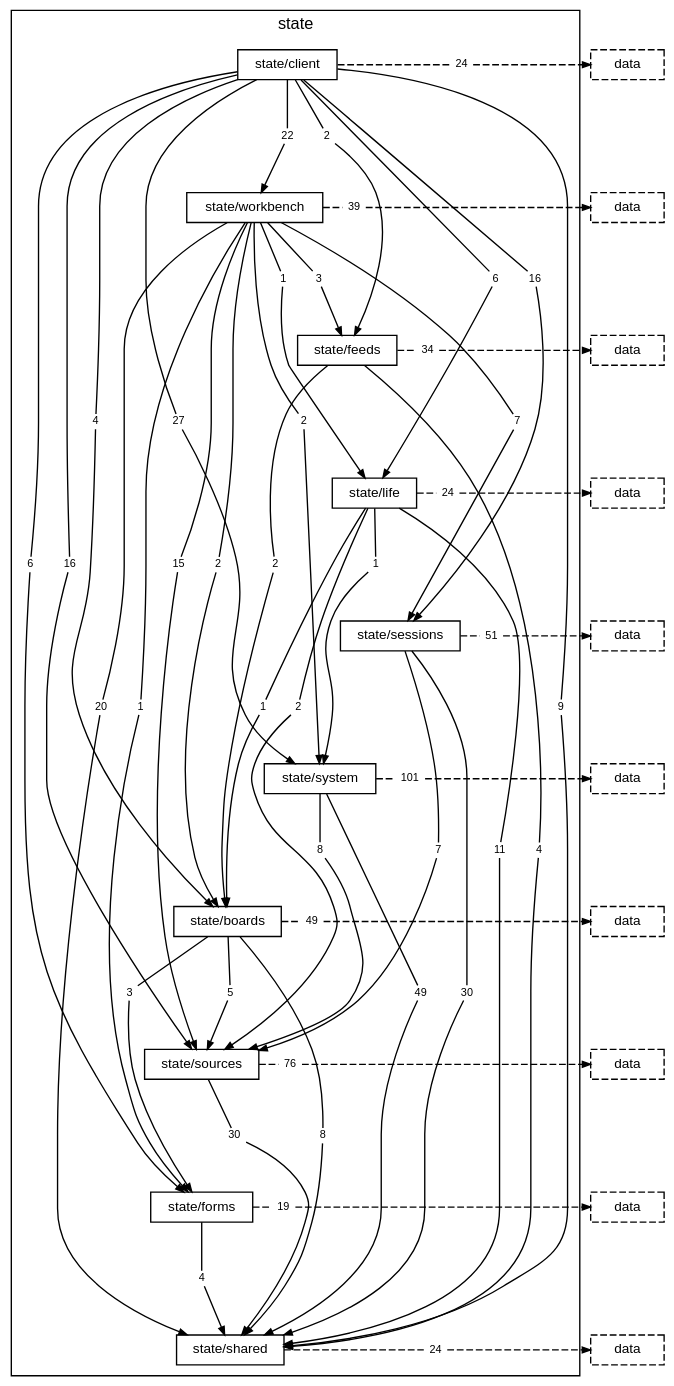
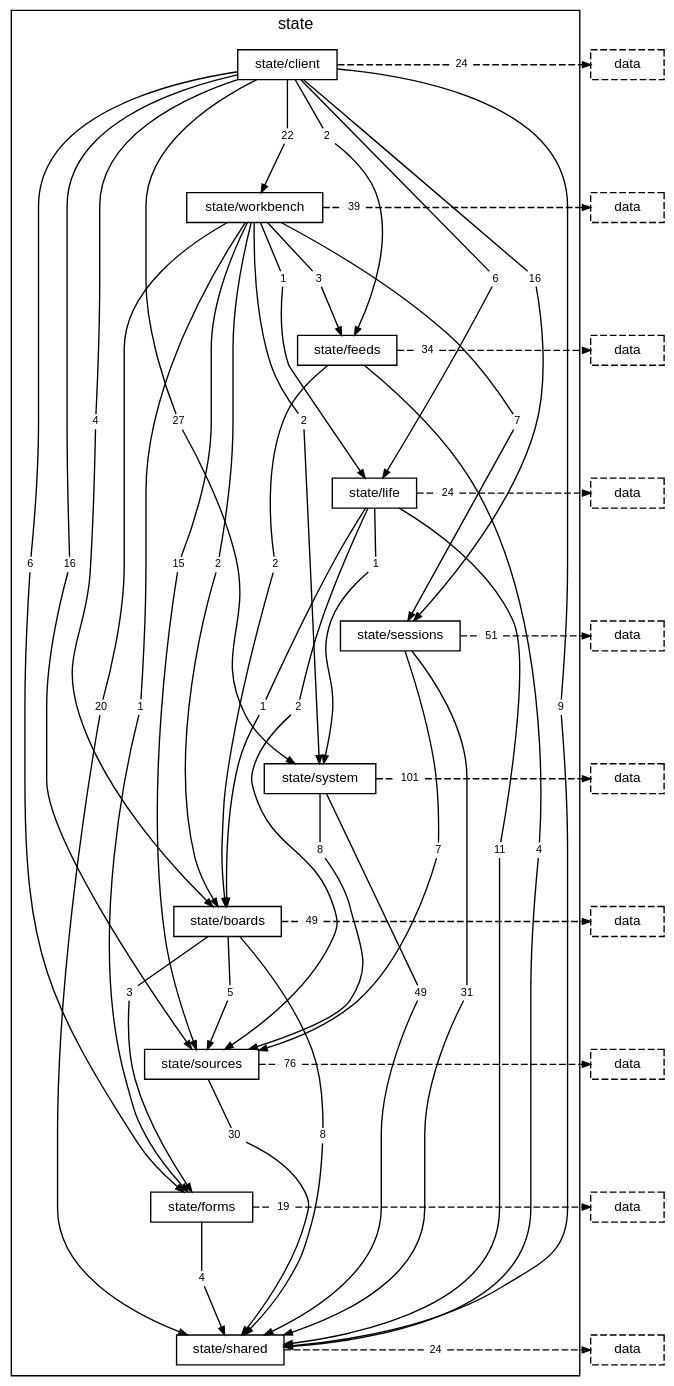
Before and after one commit to TheAxeC/oculus: the diagram in docs/diagrams/layer-state.dot, drawn with Graphviz. The commit also changed 46 other files, not shown here.

```diff
--- a/docs/diagrams/layer-state.dot
+++ b/docs/diagrams/layer-state.dot
@@ -41,7 +41,7 @@
         "folder state/life to folder state/sources" [label="2", shape=box, color="transparent", fontsize=8, width=0, height=0, margin="0.04,0.02"];
         "folder state/life to folder state/system" [label="1", shape=box, color="transparent", fontsize=8, width=0, height=0, margin="0.04,0.02"];
         "folder state/life to layer data" [label="24", shape=box, color="transparent", fontsize=8, width=0, height=0, margin="0.04,0.02"];
-        "folder state/sessions to folder state/shared" [label="30", shape=box, color="transparent", fontsize=8, width=0, height=0, margin="0.04,0.02"];
+        "folder state/sessions to folder state/shared" [label="31", shape=box, color="transparent", fontsize=8, width=0, height=0, margin="0.04,0.02"];
         "folder state/sessions to folder state/sources" [label="7", shape=box, color="transparent", fontsize=8, width=0, height=0, margin="0.04,0.02"];
         "folder state/sessions to layer data" [label="51", shape=box, color="transparent", fontsize=8, width=0, height=0, margin="0.04,0.02"];
         "folder state/system to folder state/shared" [label="49", shape=box, color="transparent", fontsize=8, width=0, height=0, margin="0.04,0.02"];
```
